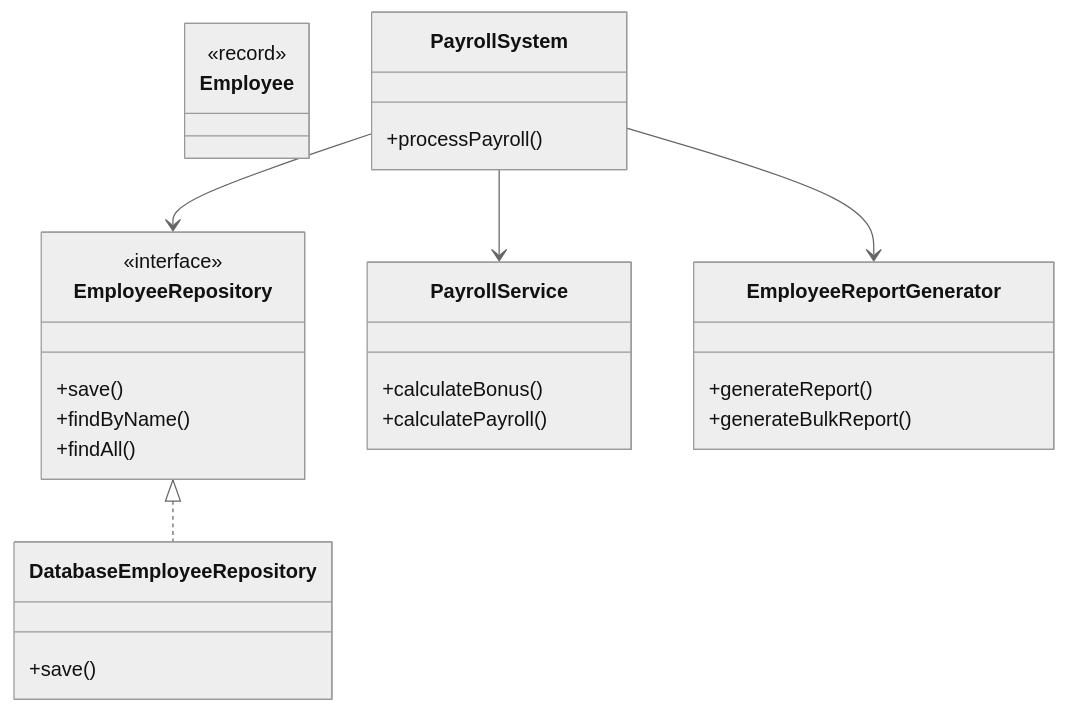
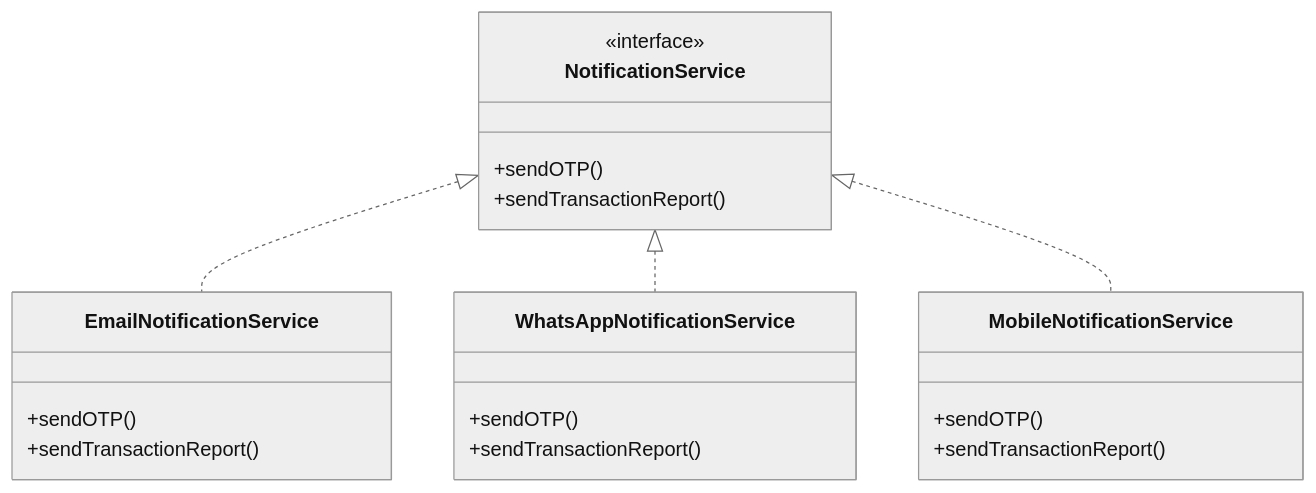
Before and after one commit to cipheraxat/java-concepts: the second of 3 diagrams in SOLID_Study_Guide_SDE2.md, drawn with Mermaid (neutral theme). The commit also changed other lines of this file, not shown here.

````diff
--- a/SOLID_Study_Guide_SDE2.md
+++ b/SOLID_Study_Guide_SDE2.md
@@ -125,30 +210,23 @@
 ```mermaid
 classDiagram
-    class Employee {
-        <<record>>
+    class NotificationService {
+        <<interface>>
+        +sendOTP()
+        +sendTransactionReport()
     }
-    class EmployeeRepository {
-        <<interface>>
-        +save()
-        +findByName()
-        +findAll()
+    class EmailNotificationService {
+        +sendOTP()
+        +sendTransactionReport()
     }
-    class DatabaseEmployeeRepository {
-        +save()
+    class WhatsAppNotificationService {
+        +sendOTP()
+        +sendTransactionReport()
     }
-    class PayrollService {
-        +calculateBonus()
-        +calculatePayroll()
+    class MobileNotificationService {
+        +sendOTP()
+        +sendTransactionReport()
     }
-    class EmployeeReportGenerator {
-        +generateReport()
-        +generateBulkReport()
-    }
-    class PayrollSystem {
-        +processPayroll()
-    }
-    EmployeeRepository <|.. DatabaseEmployeeRepository
-    PayrollSystem --> EmployeeRepository
-    PayrollSystem --> PayrollService
-    PayrollSystem --> EmployeeReportGenerator
+    NotificationService <|.. EmailNotificationService
+    NotificationService <|.. WhatsAppNotificationService
+    NotificationService <|.. MobileNotificationService
 ```
````
